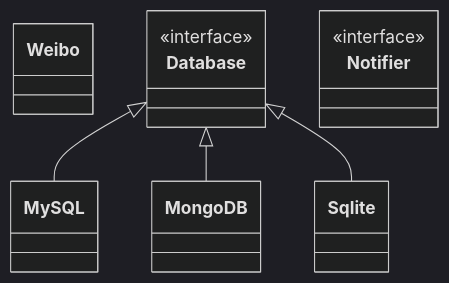
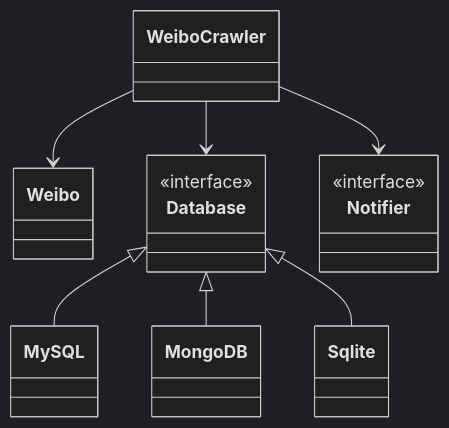
One commit to Weydon-Ding/weibo-crawler changed the diagram in docs/classDiagram.md. Above: the diagram before and after it, drawn with Mermaid (dark theme). The commit also changed 1 other file, not shown here.

Commit message:
refactor: 抽象出Weibo类型
原Weibo类改为WeiboCrawler

````diff
--- a/docs/classDiagram.md
+++ b/docs/classDiagram.md
@@ -1,13 +1,17 @@
 ```mermaid
 classDiagram
+class WeiboCrawler
 class Weibo
 class Database {<<interface>>}
 class Notifier {<<interface>>}
 class MySQL
 Class MongoDB
 class Sqlite
 
+WeiboCrawler --> Weibo
+WeiboCrawler --> Database
+WeiboCrawler --> Notifier
 Database <|-- MySQL
 Database <|-- MongoDB
 Database <|-- Sqlite
 ```
````
